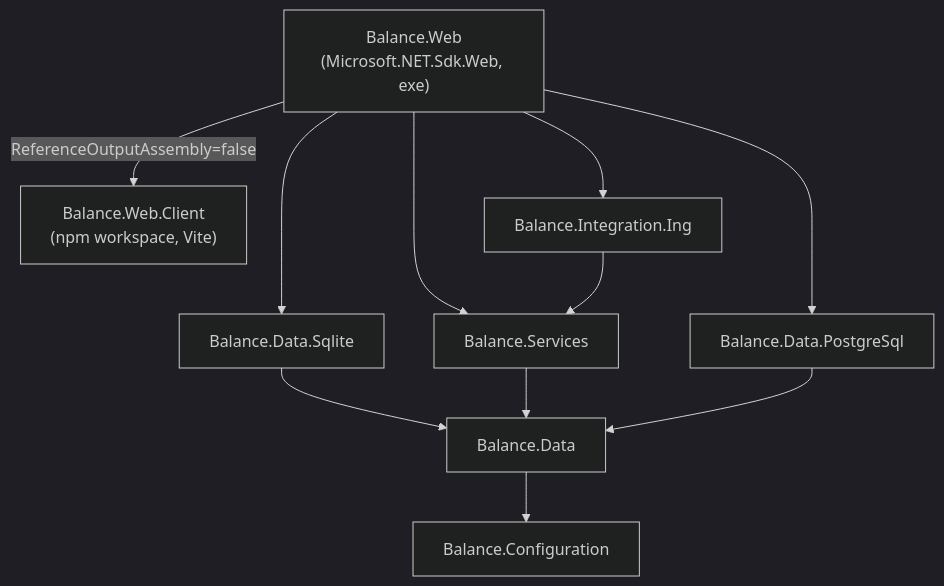
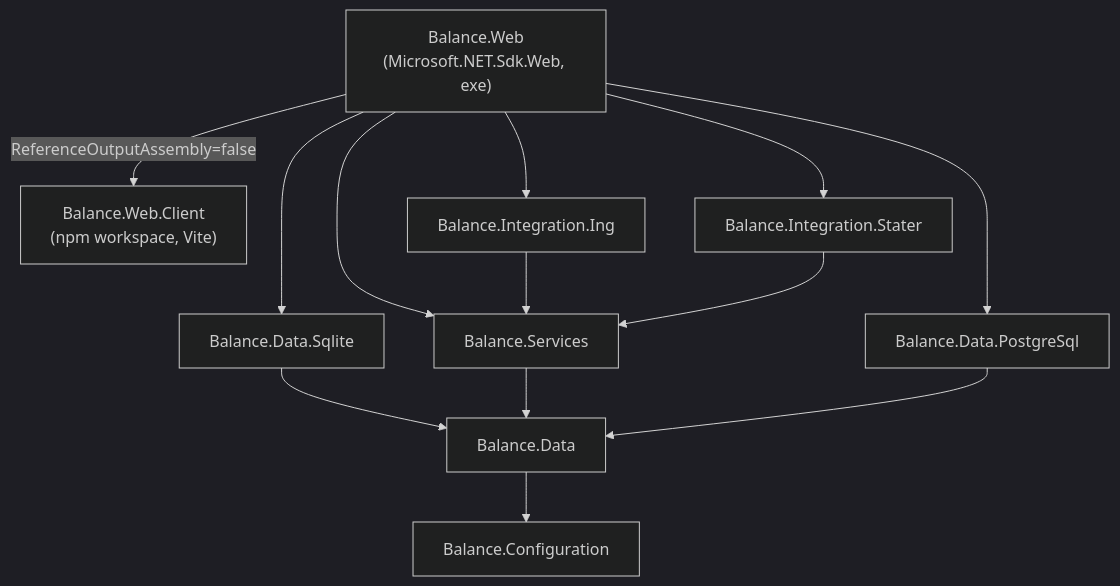
Before and after one commit to balance-budget/balance-budget: the diagram in docs/architecture.md, drawn with Mermaid (dark theme). The commit also changed other lines of this file and 2 other files, not shown here.

Commit message:
docs: document the Stater construction-deposit integration project

````diff
--- a/docs/architecture.md
+++ b/docs/architecture.md
@@ -27,24 +28,27 @@
 ```mermaid
 graph TD
     Web["Balance.Web<br/>(Microsoft.NET.Sdk.Web, exe)"]
     Client["Balance.Web.Client<br/>(npm workspace, Vite)"]
     Sqlite[Balance.Data.Sqlite]
     Postgres[Balance.Data.PostgreSql]
     Services[Balance.Services]
     Data[Balance.Data]
     Configuration[Balance.Configuration]
     IntegrationIng[Balance.Integration.Ing]
+    IntegrationStater[Balance.Integration.Stater]
 
     Web -->|ReferenceOutputAssembly=false| Client
     Web --> Sqlite
     Web --> Services
     Web --> Postgres
     Web --> IntegrationIng
+    Web --> IntegrationStater
 
     Sqlite --> Data
     Services --> Data
     Postgres --> Data
     IntegrationIng --> Services
+    IntegrationStater --> Services
 
     Data --> Configuration
 ```
````
